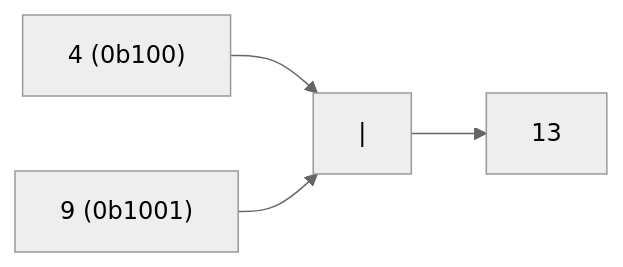
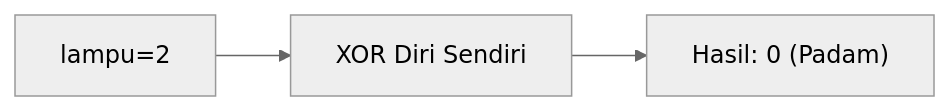
One commit to amnahwaida/OSNK_INF_PREP changed diagram 15 of 25 in part-c-pemahaman-cpp/06-bitwise/latihan/set-09.md. Above: the diagram before and after it, drawn with Mermaid (neutral theme). The commit also changed other lines of this file and 71 other files, not shown here.

````diff
--- a/part-c-pemahaman-cpp/06-bitwise/latihan/set-09.md
+++ b/part-c-pemahaman-cpp/06-bitwise/latihan/set-09.md
@@ -394,6 +407,5 @@
 ```mermaid
 graph LR
-A["4 (0b100)"] --> C["|"]
-B["9 (0b1001)"] --> C
-C --> D["13"]
+A["lampu=2"] --> B["XOR Diri Sendiri"]
+B --> C["Hasil: 0 (Padam)"]
 ```
````
